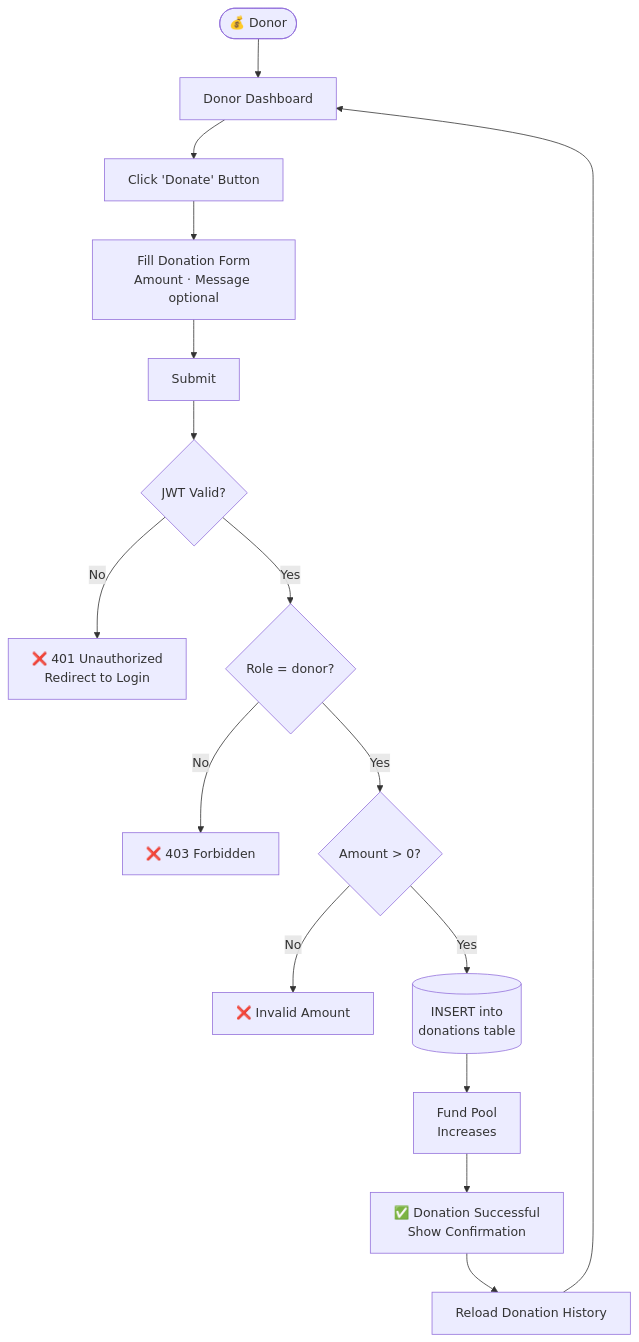
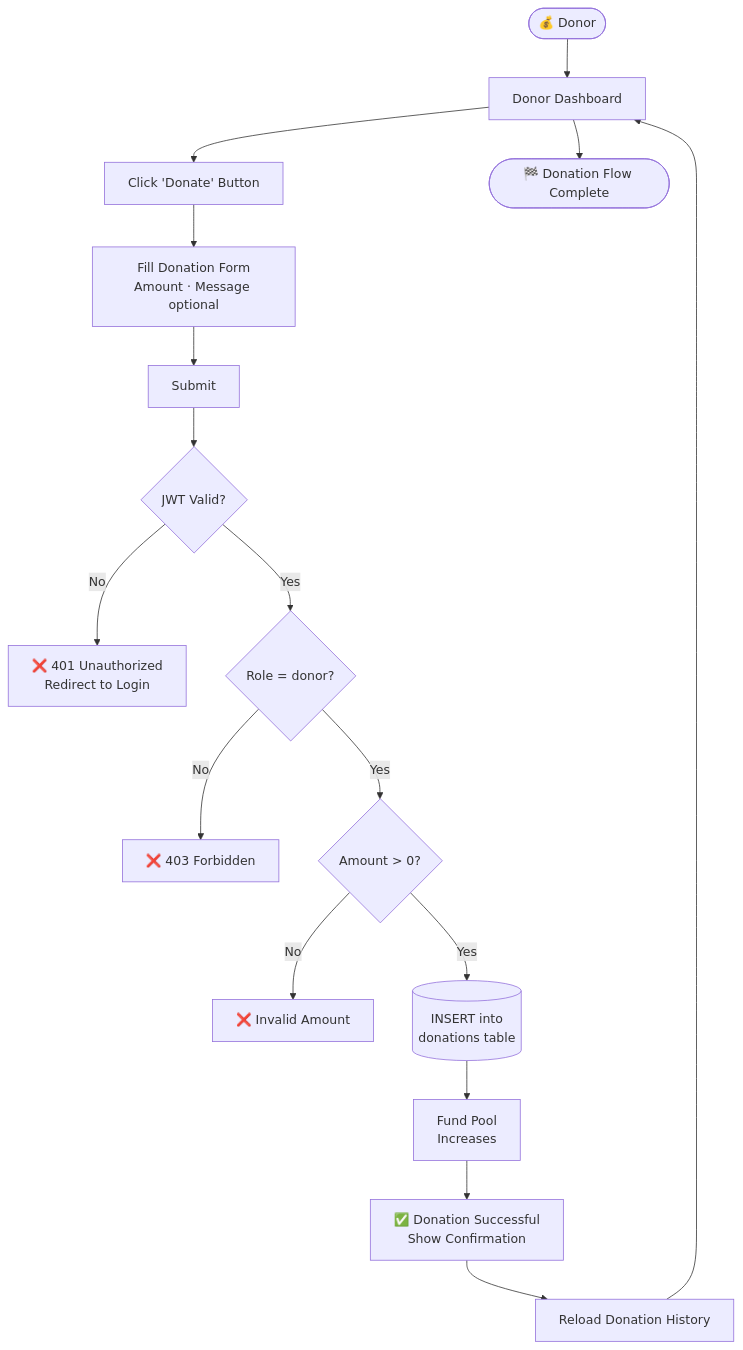
One commit to erabdurrahman/financial_resourse_managment_for_social-_wlefare changed the third of 8 diagrams in docs/flow-diagram.md. Above: the diagram before and after it, drawn with Mermaid. The commit also changed other lines of this file, not shown here.

First line of the commit message:
Add end terminal nodes to all flow diagrams in docs/flow-diagram.md

````diff
--- a/docs/flow-diagram.md
+++ b/docs/flow-diagram.md
@@ -88,20 +104,22 @@
 ```mermaid
 flowchart TD
     Donor([💰 Donor]) --> Dashboard[Donor Dashboard]
     Dashboard --> DonateBtn[Click 'Donate' Button]
     DonateBtn --> FillForm[Fill Donation Form\nAmount · Message optional]
     FillForm --> Submit[Submit]
 
     Submit --> JWTCheck{JWT Valid?}
     JWTCheck -- No --> Unauthorized[❌ 401 Unauthorized\nRedirect to Login]
     JWTCheck -- Yes --> RoleCheck{Role = donor?}
     RoleCheck -- No --> Forbidden[❌ 403 Forbidden]
     RoleCheck -- Yes --> ValAmount{Amount > 0?}
     ValAmount -- No --> AmtErr[❌ Invalid Amount]
     ValAmount -- Yes --> SaveDonation[(INSERT into\ndonations table)]
 
     SaveDonation --> UpdatePool[Fund Pool\nIncreases]
     UpdatePool --> Success[✅ Donation Successful\nShow Confirmation]
     Success --> RefreshHistory[Reload Donation History]
     RefreshHistory --> Dashboard
+
+    Dashboard --> DonorEnd([🏁 Donation Flow Complete])
 ```
````
